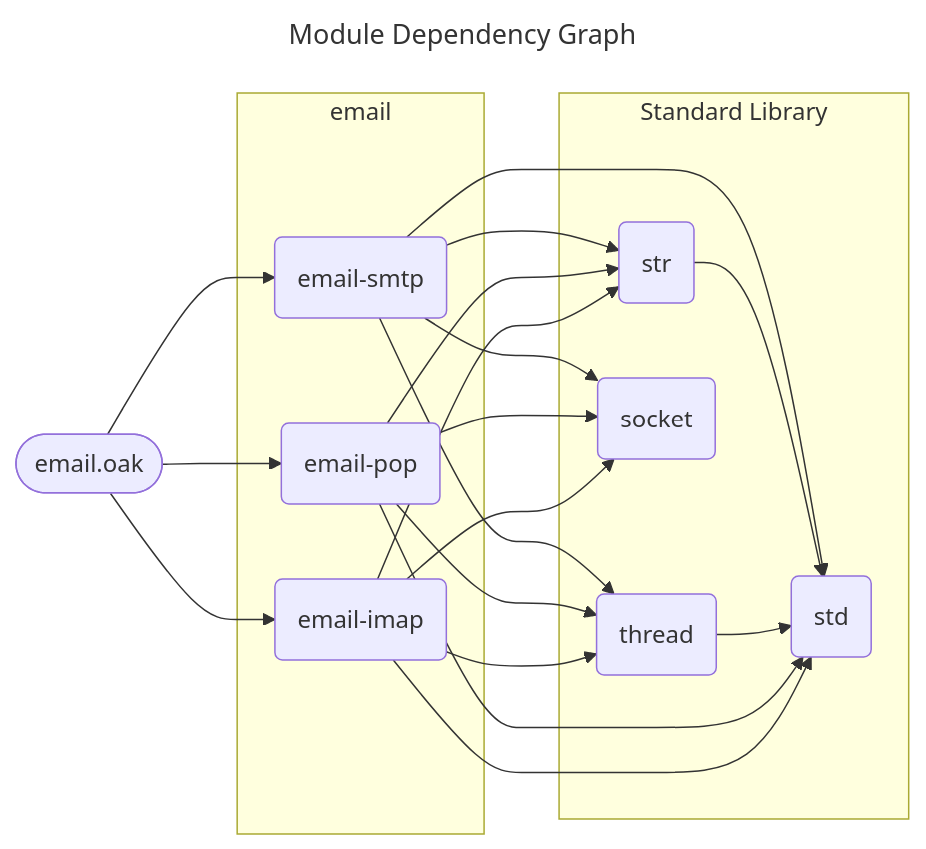
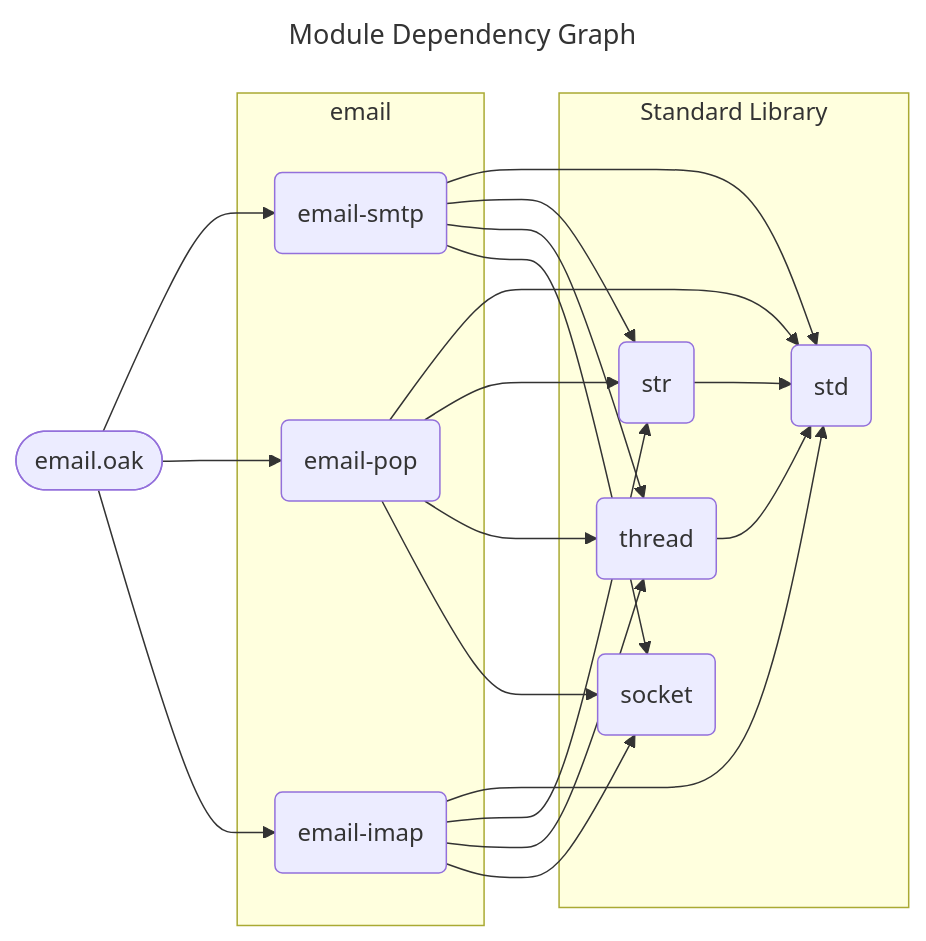
The diagram in docs/spec/email.mmd (SpcFORK/magnolia), drawn with Mermaid before and after one commit. The commit also changed other lines of this file and 150 other files, not shown here.

First line of the commit message:
Refactor module dependency graphs and enhance Go code generation

```diff
--- a/docs/spec/email.mmd
+++ b/docs/spec/email.mmd
@@ -1,33 +1,33 @@
 ---
 title: Module Dependency Graph
 ---
 flowchart LR
     lib_email_oak(["email.oak"])
     subgraph stdlib_email ["email"]
-        email_smtp("email-smtp")
         email_pop("email-pop")
         email_imap("email-imap")
+        email_smtp("email-smtp")
     end
     subgraph stdlib_core ["Standard Library"]
         std("std")
         str("str")
         thread("thread")
         socket("socket")
     end
-    lib_email_oak --> email_smtp
-    lib_email_oak --> email_pop
-    lib_email_oak --> email_imap
-    email_smtp --> std
-    email_smtp --> str
-    email_smtp --> thread
-    email_smtp --> socket
     str --> std
     thread --> std
     email_pop --> std
     email_pop --> str
     email_pop --> thread
     email_pop --> socket
     email_imap --> std
     email_imap --> str
     email_imap --> thread
     email_imap --> socket
+    lib_email_oak --> email_smtp
+    lib_email_oak --> email_pop
+    lib_email_oak --> email_imap
+    email_smtp --> std
+    email_smtp --> str
+    email_smtp --> thread
+    email_smtp --> socket
```
